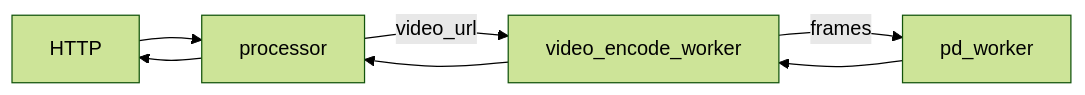
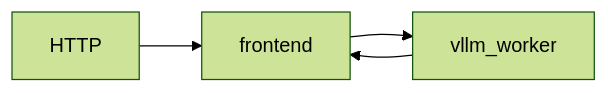
Before and after one commit to ai-dynamo/dynamo: the fifth of 10 diagrams in docs/features/multimodal/multimodal-vllm.md, drawn with Mermaid (forest theme). The commit also changed other lines of this file and 25 other files, not shown here.

````diff
--- a/docs/features/multimodal/multimodal-vllm.md
+++ b/docs/features/multimodal/multimodal-vllm.md
@@ -258,9 +257,6 @@
 ```mermaid
 flowchart LR
-  HTTP --> processor
-  processor --> HTTP
-  processor --video_url--> video_encode_worker
-  video_encode_worker --> processor
-  video_encode_worker --frames--> pd_worker
-  pd_worker --> video_encode_worker
+  HTTP --> frontend
+  frontend --> vllm_worker
+  vllm_worker --> frontend
 ```
````
